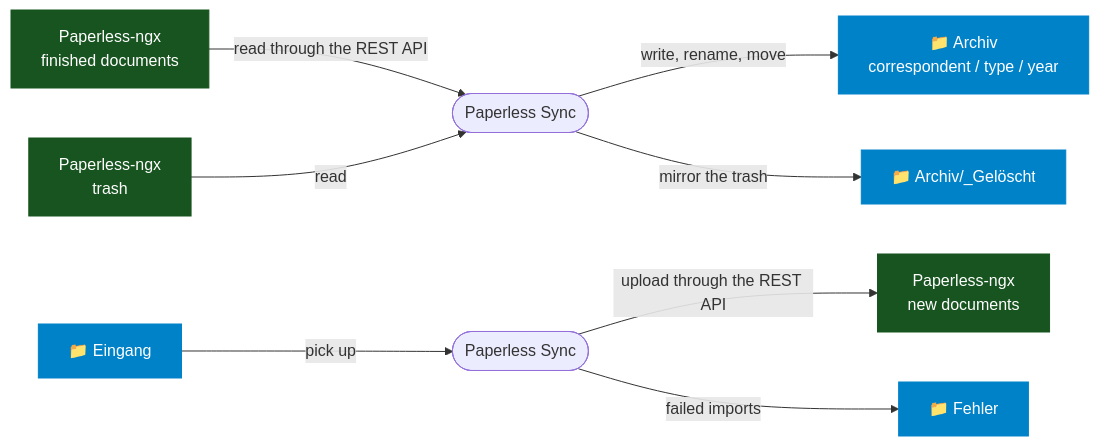
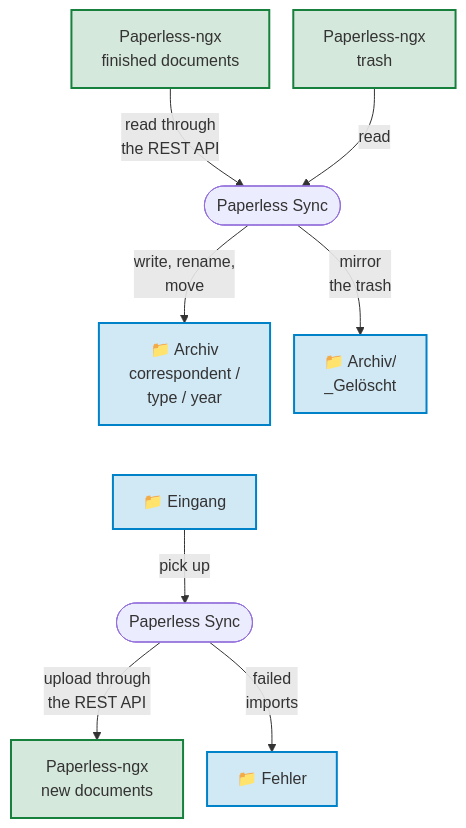
Before and after one commit to Dennis-Otto/paperless-sync: the first of 7 diagrams in README.md, drawn with Mermaid. The commit also changed other lines of this file and 4 other files, not shown here.

First line of the commit message:
docs: readable and accessible diagrams on the website (#100)

````diff
--- a/README.md
+++ b/README.md
@@ -30,14 +30,35 @@
 ```mermaid
-flowchart LR
-    documents["Paperless-ngx<br>finished documents"] -->|read through the REST API| export(["Paperless Sync"])
-    trash["Paperless-ngx<br>trash"] -->|read| export
-    export -->|write, rename, move| archive["📁 Archiv<br>correspondent / type / year"]
-    export -->|mirror the trash| deleted["📁 Archiv/_Gelöscht"]
-    inbox["📁 Eingang"] -->|pick up| import(["Paperless Sync"])
-    import -->|upload through the REST API| consume["Paperless-ngx<br>new documents"]
-    import -->|failed imports| errors["📁 Fehler"]
-    classDef paperless fill:#17541f,stroke:#17541f,color:#fff
-    classDef nextcloud fill:#0082c9,stroke:#0082c9,color:#fff
+---
+config:
+  flowchart:
+    nodeSpacing: 24
+---
+flowchart TB
+    accTitle: How Paperless Sync moves documents
+    accDescr: Paperless Sync reads the finished documents and the trash of Paperless-ngx through its REST API. It writes, renames and moves their files in the folder Archiv of Nextcloud, by correspondent, type and year, and mirrors the trash into Archiv/_Gelöscht. The other way, it picks up the files of the folder Eingang and uploads them to Paperless-ngx as new documents; a failed import goes to the folder Fehler. Paperless-ngx is green, the folders of Nextcloud are blue.
+
+    documents["Paperless-ngx<br>finished documents"]
+    trash["Paperless-ngx<br>trash"]
+    export(["Paperless Sync"])
+    archive["📁 Archiv<br>correspondent /<br>type / year"]
+    deleted["📁 Archiv/<br>_Gelöscht"]
+    inbox["📁 Eingang"]
+    import(["Paperless Sync"])
+    consume["Paperless-ngx<br>new documents"]
+    errors["📁 Fehler"]
+
+    documents -- "read through<br>the REST API" --> export
+    trash -- "read" --> export
+    export -- "write, rename,<br>move" --> archive
+    export -- "mirror<br>the trash" --> deleted
+    %% An invisible link puts the import below the export, so that the diagram stays narrow.
+    archive ~~~ inbox
+    inbox -- "pick up" --> import
+    import -- "upload through<br>the REST API" --> consume
+    import -- "failed<br>imports" --> errors
+
+    classDef paperless fill:#17803d2e,stroke:#17803d,stroke-width:2px
+    classDef nextcloud fill:#0082c92e,stroke:#0082c9,stroke-width:2px
     class documents,trash,consume paperless
     class archive,deleted,inbox,errors nextcloud
 ```
````
